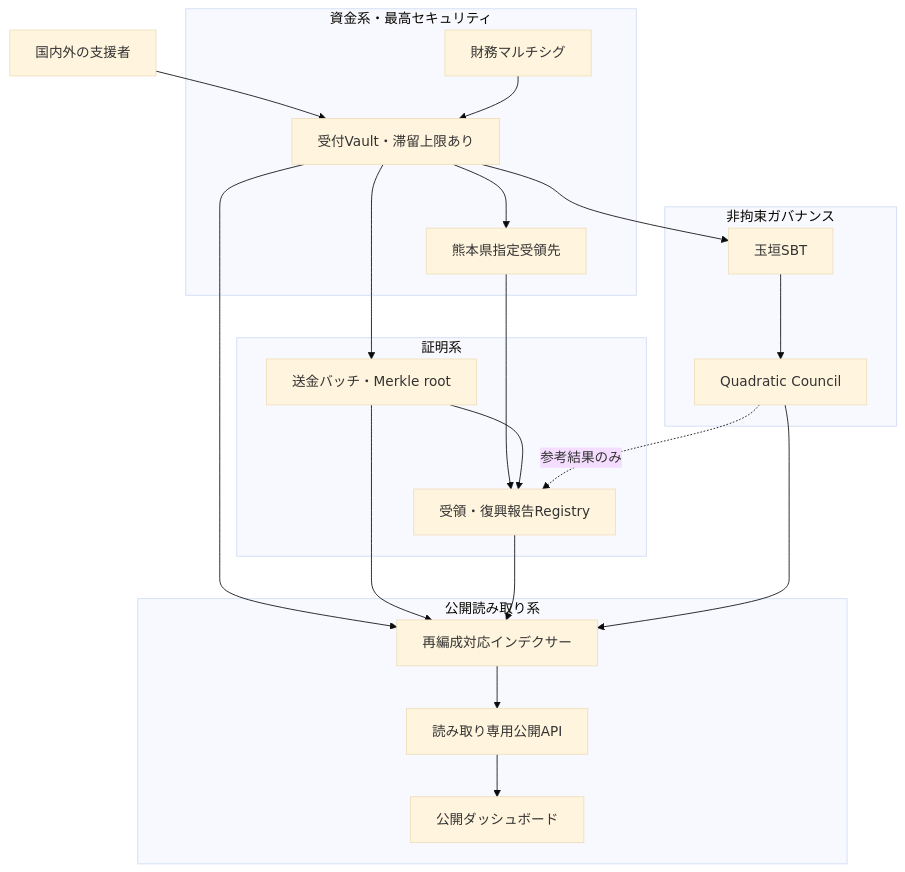
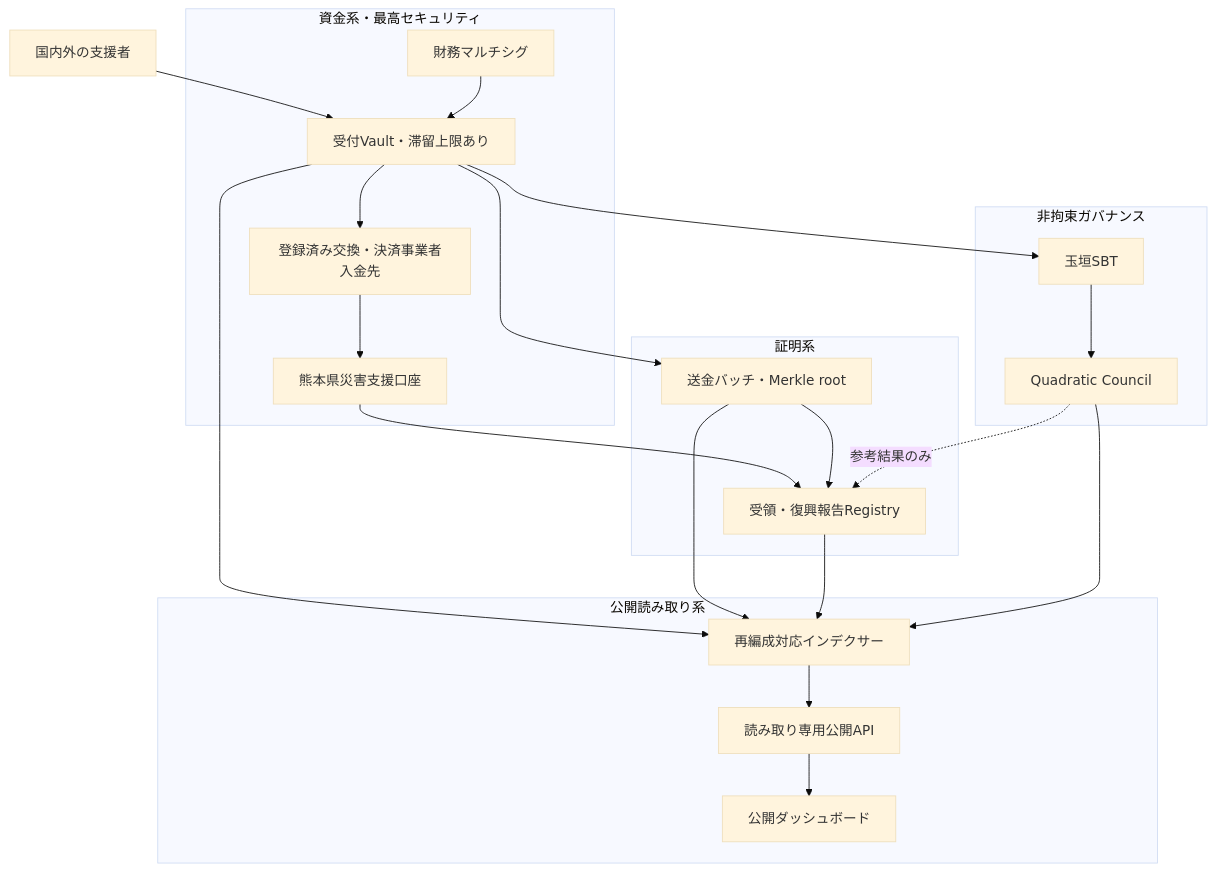
The third of 3 diagrams in docs/architecture.md (ShigeichiroYamasaki/yui-no-kaki-kumamoto), drawn with Mermaid (base theme) before and after one commit. The commit also changed other lines of this file and 44 other files, not shown here.

````diff
--- a/docs/architecture.md
+++ b/docs/architecture.md
@@ -48,37 +80,39 @@
 ```mermaid
 flowchart TB
   U["国内外の支援者"]
   subgraph M["資金系・最高セキュリティ"]
     V["受付Vault・滞留上限あり"]
     MS["財務マルチシグ"]
-    K["熊本県指定受領先"]
+    X["登録済み交換・決済事業者入金先"]
+    K["熊本県災害支援口座"]
   end
   subgraph E["証明系"]
     B["送金バッチ・Merkle root"]
     A["受領・復興報告Registry"]
   end
   subgraph G["非拘束ガバナンス"]
     T["玉垣SBT"]
     C["Quadratic Council"]
   end
   subgraph R["公開読み取り系"]
     I["再編成対応インデクサー"]
     API["読み取り専用公開API"]
     D["公開ダッシュボード"]
   end
   U --> V
   MS --> V
-  V --> K
+  V --> X
+  X --> K
   V --> B
   K --> A
   B --> A
   V --> T
   T --> C
   C -. "参考結果のみ" .-> A
   V --> I
   B --> I
   A --> I
   C --> I
   I --> API
   API --> D
 ```
````
